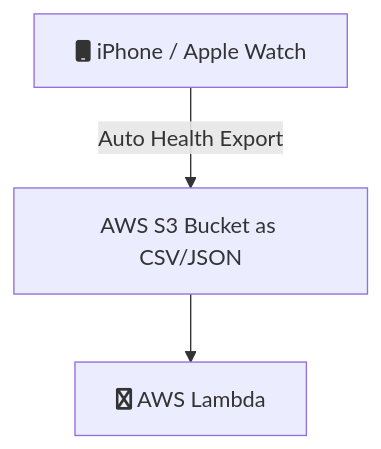
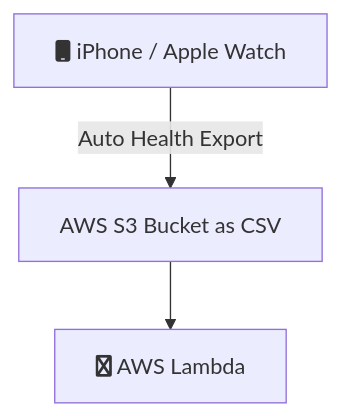
Before and after one commit to namtonthat/apple-health-data: the diagram in README.md, drawn with Mermaid.

````diff
--- a/README.md
+++ b/README.md
@@ -4,5 +4,5 @@
 ```mermaid
 graph TD
-    A[fa:fa-mobile iPhone / Apple Watch] -->|Auto Health Export| B[AWS S3 Bucket as CSV/JSON]
+    A[fa:fa-mobile iPhone / Apple Watch] -->|Auto Health Export| B[AWS S3 Bucket as CSV]
     B --> C[fa:fa-aws AWS Lambda]
 ```
````
